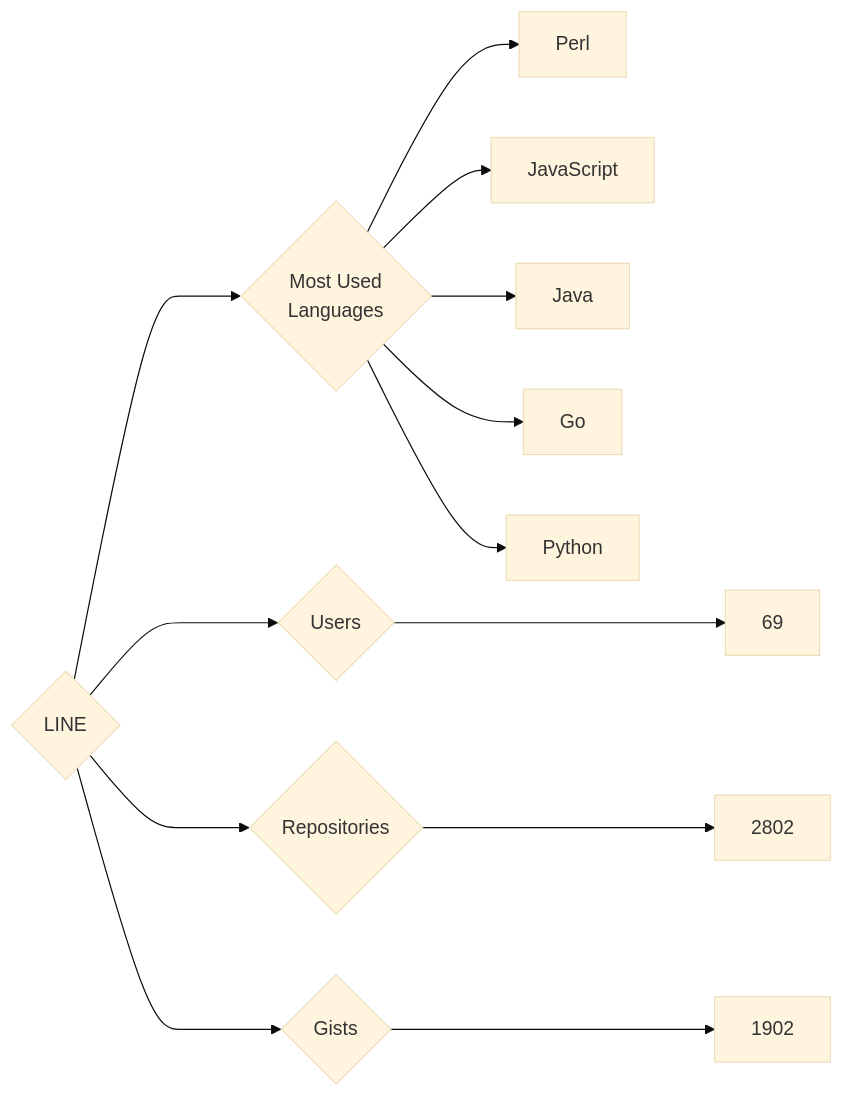
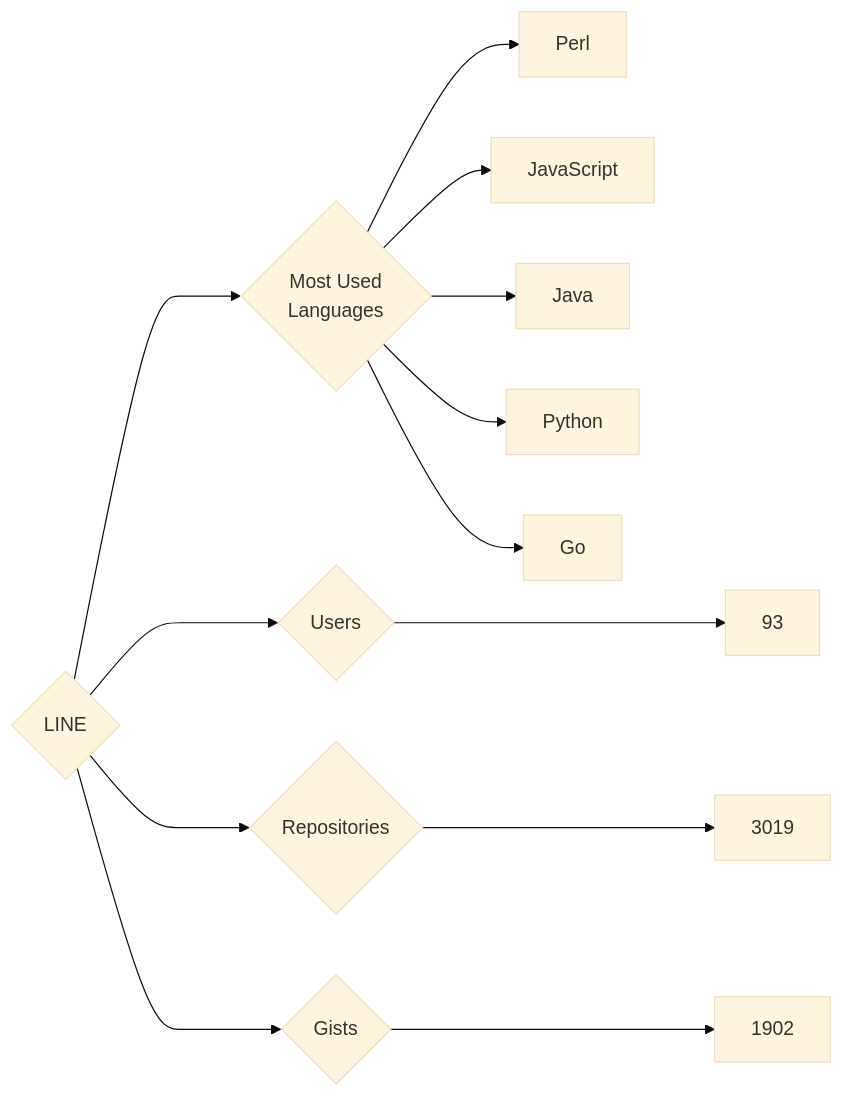
One commit to trickest/insiders changed the diagram in targets/LINE/README.md. Above: the diagram before and after it, drawn with Mermaid (base theme). The commit also changed 873 other files, not shown here.

````diff
--- a/targets/LINE/README.md
+++ b/targets/LINE/README.md
@@ -3,13 +3,13 @@
 ```mermaid
 graph LR
 COMPANY_NAME{LINE}
-COMPANY_NAME ---> U{Users} ---> UN[69]
-COMPANY_NAME ---> R{Repositories} ---> RN[2802]
+COMPANY_NAME ---> U{Users} ---> UN[93]
+COMPANY_NAME ---> R{Repositories} ---> RN[3019]
 COMPANY_NAME ---> G{Gists} ---> GN[1902]
 COMPANY_NAME ---> ML{Most Used<br>Languages}
 ML --> Perl[Perl]
 ML --> JavaScript[JavaScript]
 ML --> Java[Java]
+ML --> Python[Python]
 ML --> Go[Go]
-ML --> Python[Python]
 ```
````
